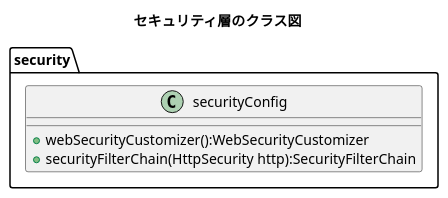
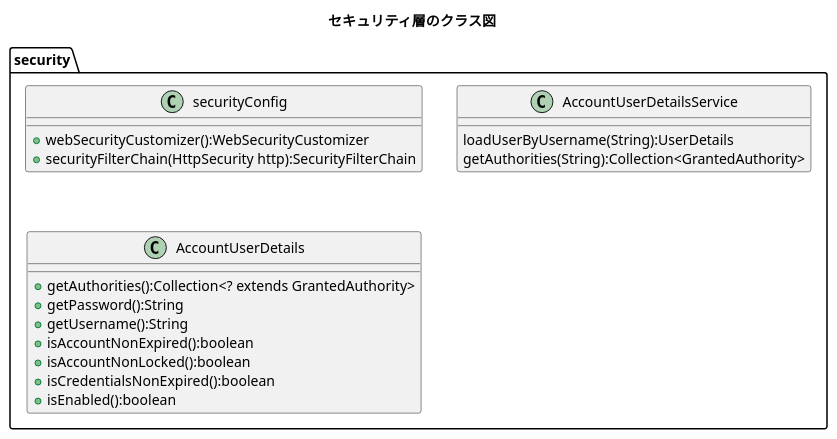
The diagram in plan/uml/class/security.plantuml (kanavii3333/ec-b), drawn with PlantUML before and after one commit. The commit also changed 11 other files, not shown here.

Commit message:
formのクラス図修正

```diff
--- a/plan/uml/class/security.plantuml
+++ b/plan/uml/class/security.plantuml
@@ -1,10 +1,23 @@
 title セキュリティ層のクラス図
 package security{
 
 		class securityConfig{
 			+ webSecurityCustomizer():WebSecurityCustomizer
 			+ securityFilterChain(HttpSecurity http):SecurityFilterChain
 		}
+		class AccountUserDetailsService{
+			loadUserByUsername(String):UserDetails
+			getAuthorities(String):Collection<GrantedAuthority>
+		}
+		class AccountUserDetails{
+			+getAuthorities():Collection<? extends GrantedAuthority>
+			+getPassword():String
+			+getUsername():String
+			+isAccountNonExpired():boolean
+			+isAccountNonLocked():boolean
+			+isCredentialsNonExpired():boolean
+			+isEnabled():boolean
+		}
 	
 }
 @enduml
```
